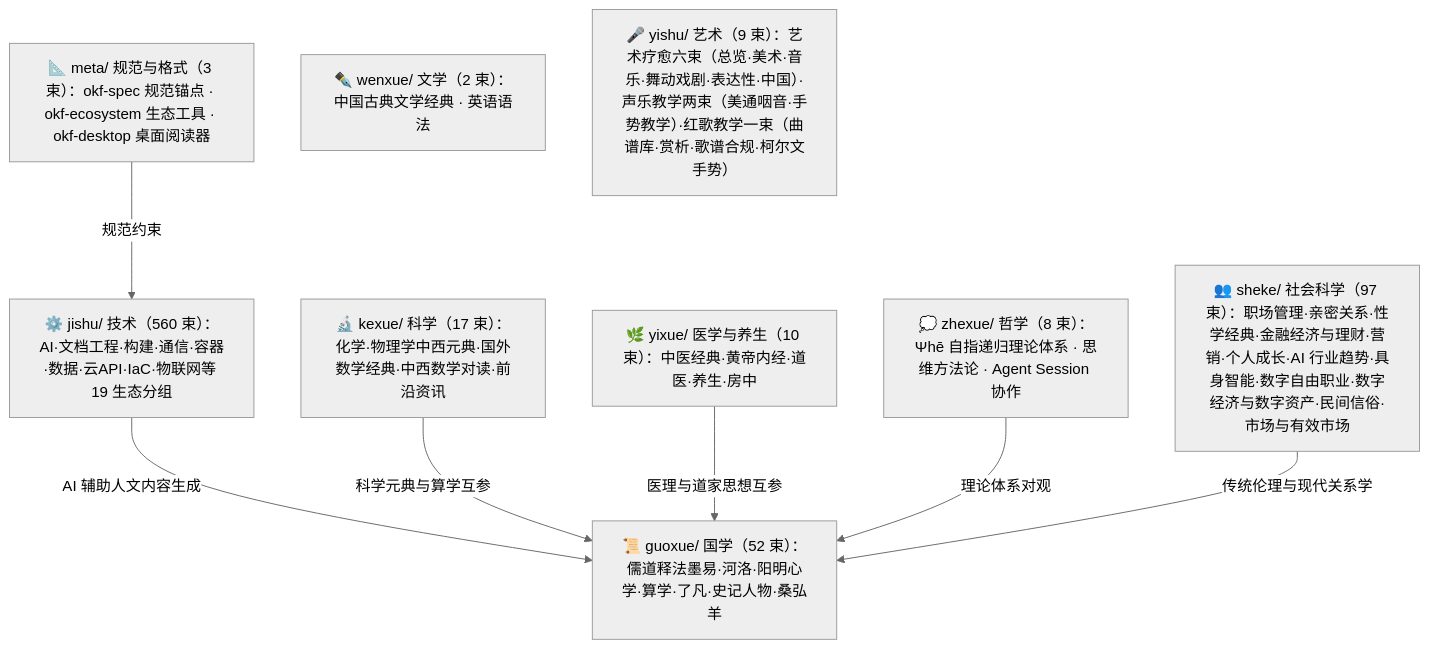
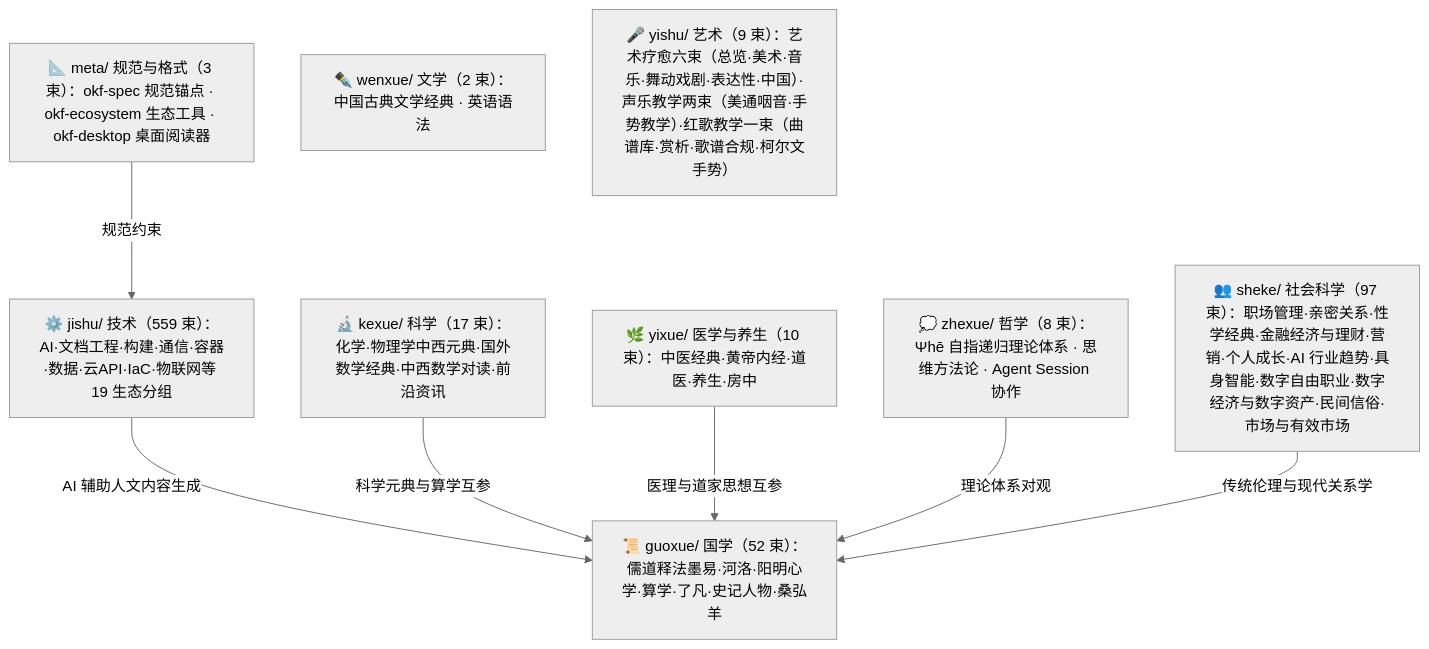
The diagram in doc/bundles/index.md (awesome-flexloop/awesome-okf), drawn with Mermaid (neutral theme) before and after one commit. The commit also changed other lines of this file and 28 other files, not shown here.

````diff
--- a/doc/bundles/index.md
+++ b/doc/bundles/index.md
@@ -21,18 +21,18 @@
 ```mermaid
 flowchart TD
     meta["📐 meta/ 规范与格式（3 束）：okf-spec 规范锚点 · okf-ecosystem 生态工具 · okf-desktop 桌面阅读器"]
     guoxue["📜 guoxue/ 国学（52 束）：儒道释法墨易·河洛·阳明心学·算学·了凡·史记人物·桑弘羊"]
     zhexue["💭 zhexue/ 哲学（8 束）：Ψhē 自指递归理论体系 · 思维方法论 · Agent Session 协作"]
     kexue["🔬 kexue/ 科学（17 束）：化学·物理学中西元典·国外数学经典·中西数学对读·前沿资讯"]
     wenxue["✒️ wenxue/ 文学（2 束）：中国古典文学经典 · 英语语法"]
     yixue["🌿 yixue/ 医学与养生（10 束）：中医经典·黄帝内经·道医·养生·房中"]
     sheke["👥 sheke/ 社会科学（97 束）：职场管理·亲密关系·性学经典·金融经济与理财·营销·个人成长·AI 行业趋势·具身智能·数字自由职业·数字经济与数字资产·民间信俗·市场与有效市场"]
     yishu["🎤 yishu/ 艺术（9 束）：艺术疗愈六束（总览·美术·音乐·舞动戏剧·表达性·中国）·声乐教学两束（美通咽音·手势教学）·红歌教学一束（曲谱库·赏析·歌谱合规·柯尔文手势）"]
-    jishu["⚙️ jishu/ 技术（560 束）：AI·文档工程·构建·通信·容器·数据·云API·IaC·物联网等 19 生态分组"]
+    jishu["⚙️ jishu/ 技术（559 束）：AI·文档工程·构建·通信·容器·数据·云API·IaC·物联网等 19 生态分组"]
     meta -->|"规范约束"| jishu
     jishu -->|"AI 辅助人文内容生成"| guoxue
     kexue -->|"科学元典与算学互参"| guoxue
     yixue -->|"医理与道家思想互参"| guoxue
     zhexue -->|"理论体系对观"| guoxue
     sheke -->|"传统伦理与现代关系学"| guoxue
 ```
````
